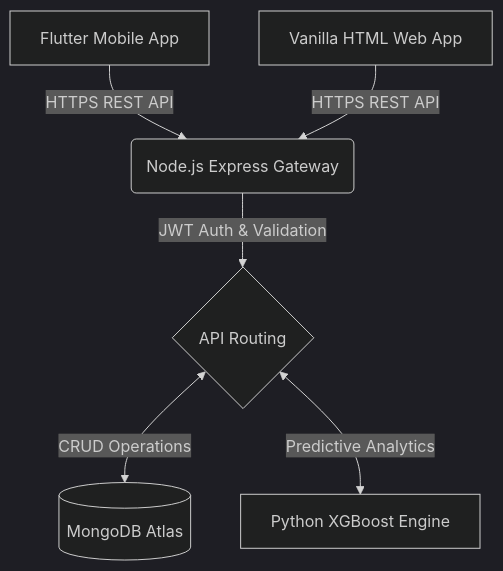
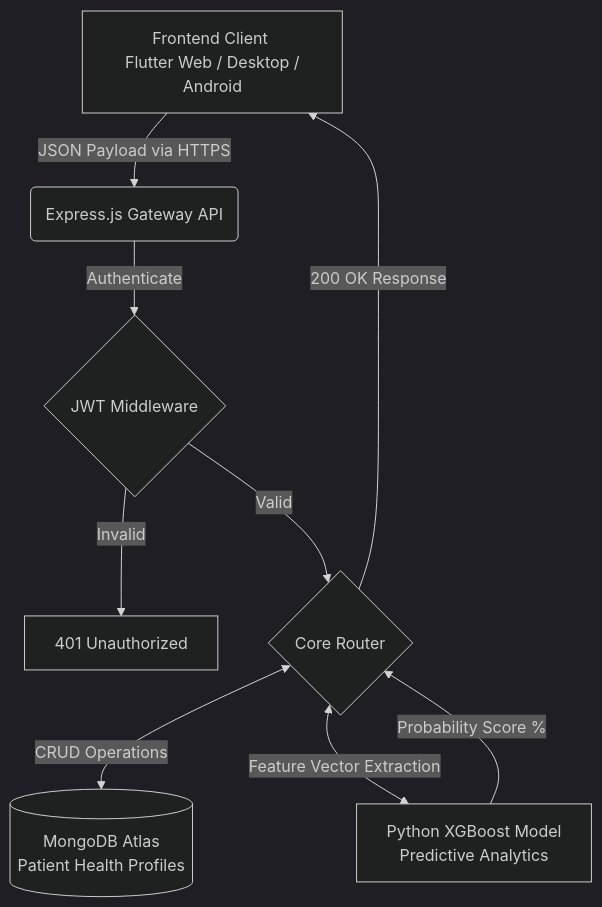
The diagram in README.md (sathishr-ai/heartsafe-backend), drawn with Mermaid (dark theme) before and after one commit. The commit also changed other lines of this file, not shown here.

````diff
--- a/README.md
+++ b/README.md
@@ -36,10 +48,14 @@
 ```mermaid
 graph TD
-    A[Flutter Mobile App] -->|HTTPS REST API| C(Node.js Express Gateway)
-    B[Vanilla HTML Web App] -->|HTTPS REST API| C
+    UI[Frontend Client <br/> Flutter Web / Desktop / Android] -->|JSON Payload via HTTPS| API(Express.js Gateway API)
     
-    C -->|JWT Auth & Validation| D{API Routing}
+    API -->|Authenticate| JWT{JWT Middleware}
+    JWT -- Invalid --> 401[401 Unauthorized]
+    JWT -- Valid --> Router{Core Router}
     
-    D <-->|CRUD Operations| E[(MongoDB Atlas)]
-    D <-->|Predictive Analytics| F[Python XGBoost Engine]
+    Router <-->|CRUD Operations| DB[(MongoDB Atlas <br/> Patient Health Profiles)]
+    Router <-->|Feature Vector Extraction| MLE[Python XGBoost Model <br/> Predictive Analytics]
+    
+    MLE -->|Probability Score %| Router
+    Router -->|200 OK Response| UI
 ```
````
